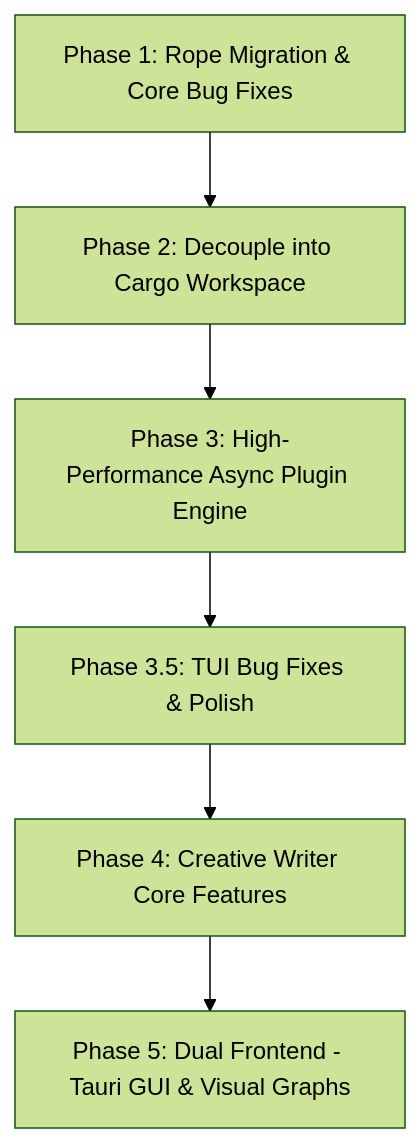
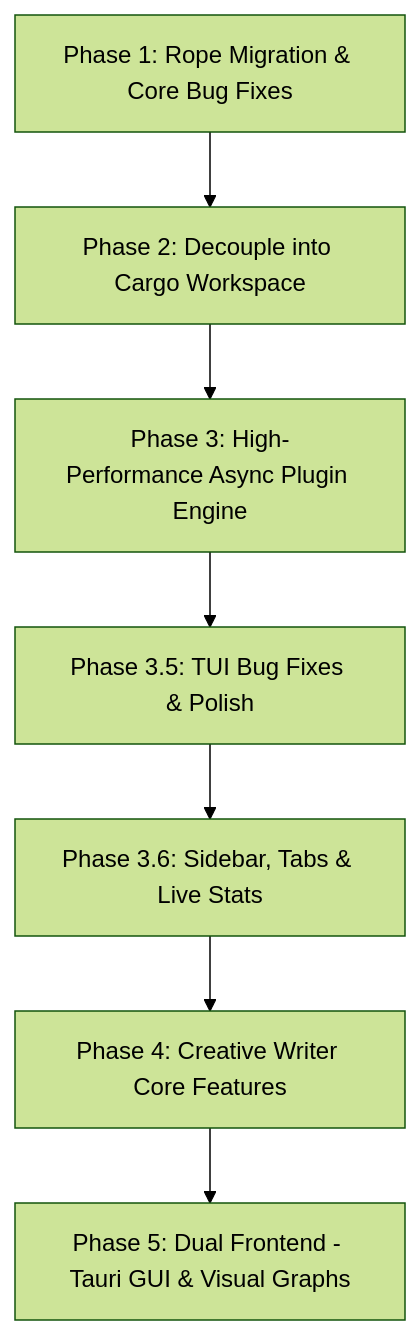
Before and after one commit to akshayrivers/Yonro-Text-Editor: the diagram in PLAN.md, drawn with Mermaid (forest theme). The commit also changed other lines of this file and 17 other files, not shown here.

````diff
--- a/PLAN.md
+++ b/PLAN.md
@@ -21,8 +21,9 @@
 ```mermaid
 graph TD
     P1[Phase 1: Rope Migration & Core Bug Fixes] --> P2[Phase 2: Decouple into Cargo Workspace]
     P2 --> P3[Phase 3: High-Performance Async Plugin Engine]
     P3 --> P35[Phase 3.5: TUI Bug Fixes & Polish]
-    P35 --> P4[Phase 4: Creative Writer Core Features]
+    P35 --> P36[Phase 3.6: Sidebar, Tabs & Live Stats]
+    P36 --> P4[Phase 4: Creative Writer Core Features]
     P4 --> P5[Phase 5: Dual Frontend - Tauri GUI & Visual Graphs]
 ```
````
